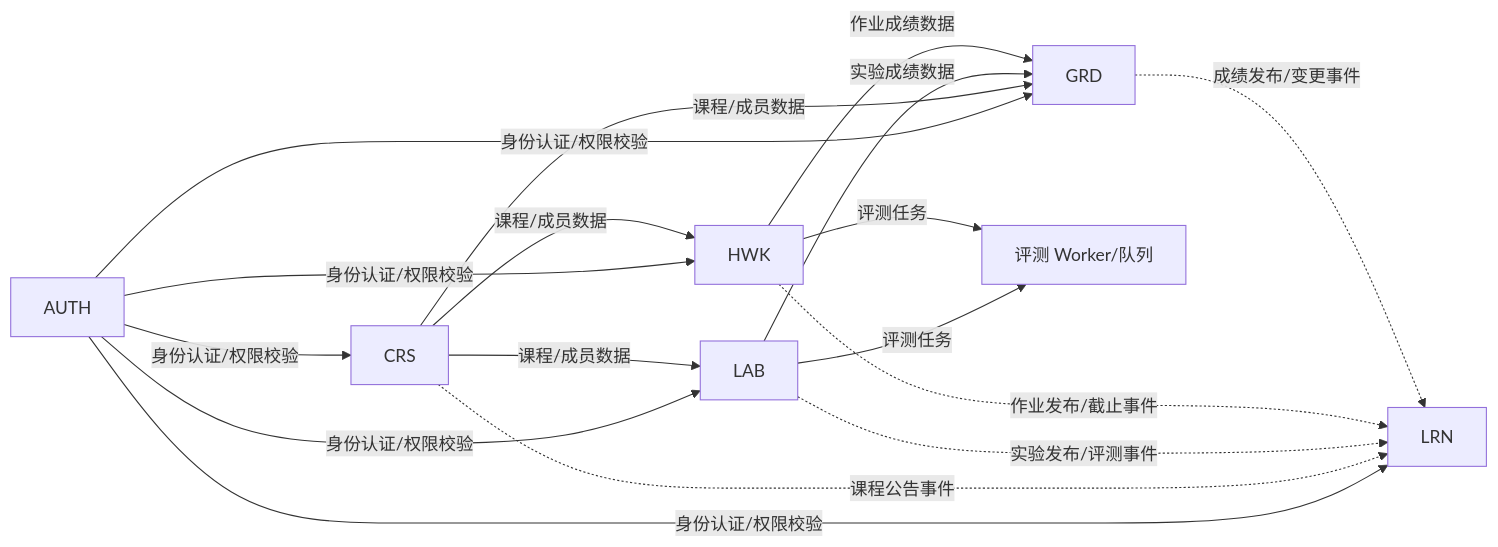
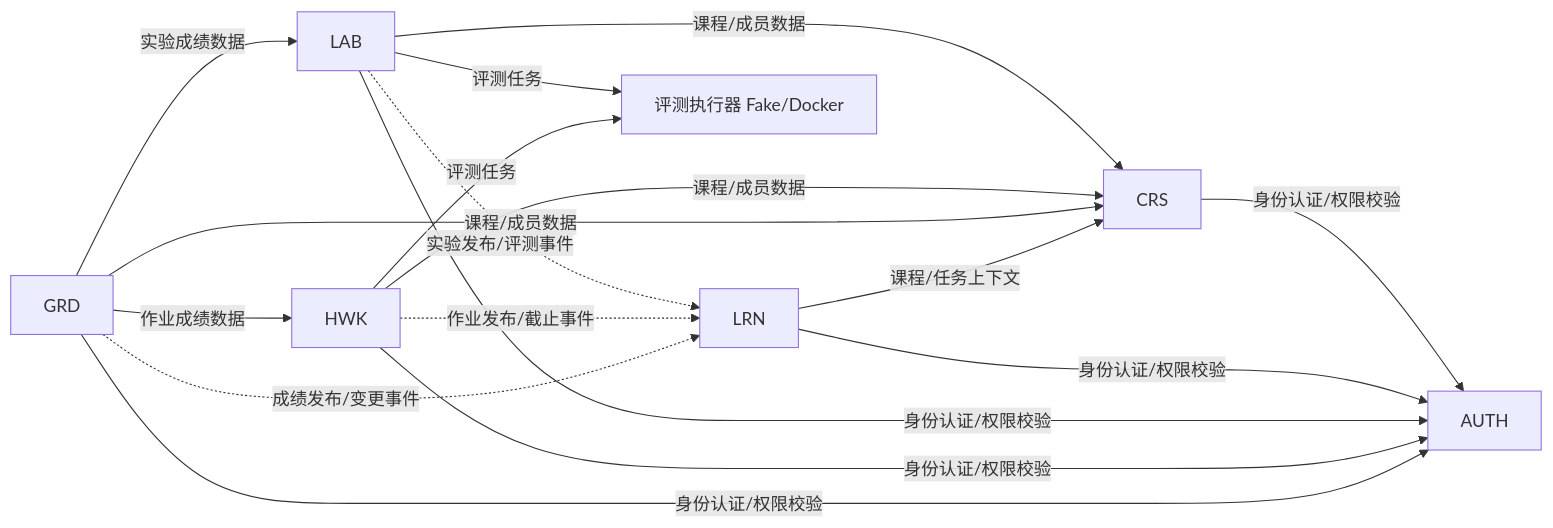
Before and after one commit to Cr4zyorange/OnlineJudge: the second of 15 diagrams in docs/最终提交/软件概要设计说明书.md, drawn with Mermaid. The commit also changed other lines of this file and 12 other files, not shown here.

````diff
--- a/docs/最终提交/软件概要设计说明书.md
+++ b/docs/最终提交/软件概要设计说明书.md
@@ -769,24 +769,24 @@
 ```mermaid
 graph LR
-    AUTH -->|身份认证/权限校验| CRS
-    AUTH -->|身份认证/权限校验| LRN
-    AUTH -->|身份认证/权限校验| LAB
-    AUTH -->|身份认证/权限校验| HWK
-    AUTH -->|身份认证/权限校验| GRD
+    CRS -->|身份认证/权限校验| AUTH
+    LRN -->|身份认证/权限校验| AUTH
+    LAB -->|身份认证/权限校验| AUTH
+    HWK -->|身份认证/权限校验| AUTH
+    GRD -->|身份认证/权限校验| AUTH
 
-    CRS -->|课程/成员数据| LAB
-    CRS -->|课程/成员数据| HWK
-    CRS -->|课程/成员数据| GRD
-    CRS -.->|课程公告事件| LRN
+    LAB -->|课程/成员数据| CRS
+    HWK -->|课程/成员数据| CRS
+    GRD -->|课程/成员数据| CRS
+    LRN -->|课程/任务上下文| CRS
 
-    LAB -->|实验成绩数据| GRD
+    GRD -->|实验成绩数据| LAB
     LAB -.->|实验发布/评测事件| LRN
 
-    HWK -->|作业成绩数据| GRD
+    GRD -->|作业成绩数据| HWK
     HWK -.->|作业发布/截止事件| LRN
 
     GRD -.->|成绩发布/变更事件| LRN
 
-    LAB -->|评测任务| EVAL[评测 Worker/队列]
+    LAB -->|评测任务| EVAL[评测执行器 Fake/Docker]
     HWK -->|评测任务| EVAL
 ```
````
